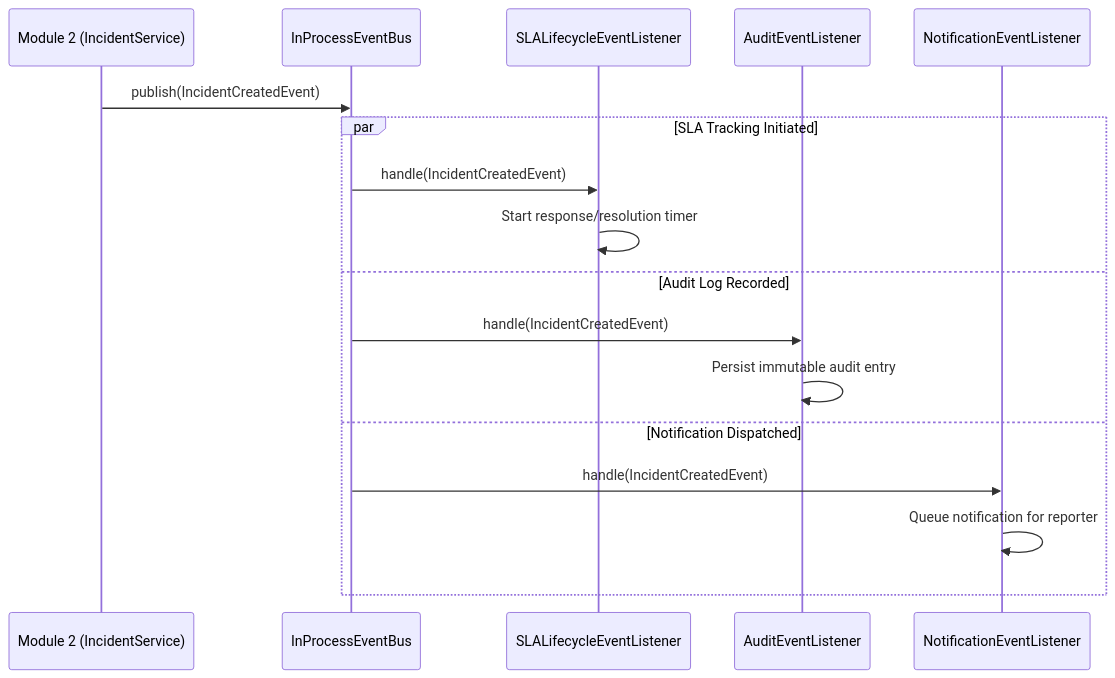
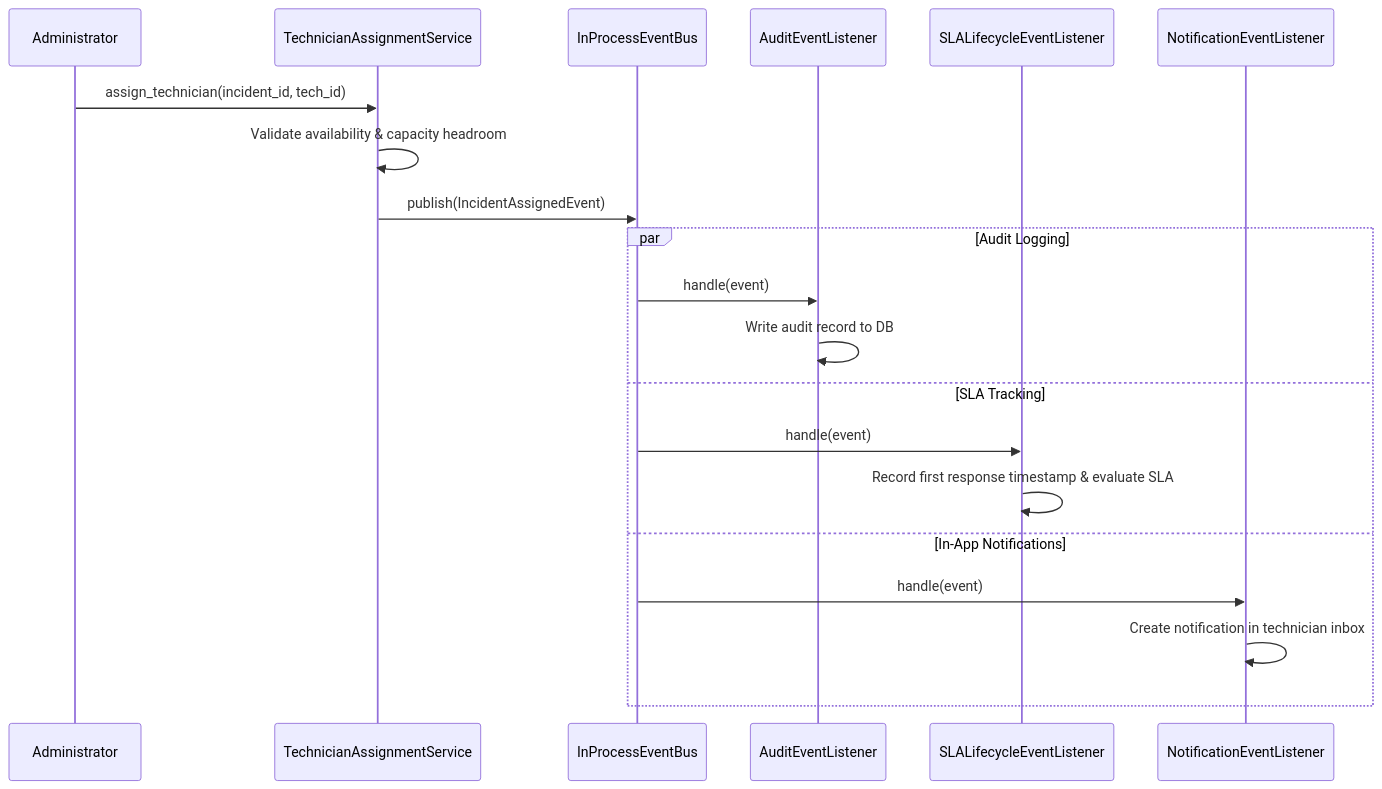
One commit to kj-labs1/I-ITSM changed the second of 2 diagrams in docs/ARCHITECTURE.md. Above: the diagram before and after it, drawn with Mermaid. The commit also changed other lines of this file and 23 other files, not shown here.

````diff
--- a/docs/ARCHITECTURE.md
+++ b/docs/ARCHITECTURE.md
@@ -100,20 +100,23 @@
 ```mermaid
 sequenceDiagram
-    participant M2 as Module 2 (IncidentService)
+    participant User as Administrator
+    participant AssignSvc as TechnicianAssignmentService
     participant Bus as InProcessEventBus
-    participant M4_SLA as SLALifecycleEventListener
-    participant M4_Audit as AuditEventListener
-    participant M4_Notif as NotificationEventListener
+    participant AuditListener as AuditEventListener
+    participant SLA_Listener as SLALifecycleEventListener
+    participant NotifListener as NotificationEventListener
 
-    M2->>Bus: publish(IncidentCreatedEvent)
-    par SLA Tracking Initiated
-        Bus->>M4_SLA: handle(IncidentCreatedEvent)
-        M4_SLA->>M4_SLA: Start response/resolution timer
-    and Audit Log Recorded
-        Bus->>M4_Audit: handle(IncidentCreatedEvent)
-        M4_Audit->>M4_Audit: Persist immutable audit entry
-    and Notification Dispatched
-        Bus->>M4_Notif: handle(IncidentCreatedEvent)
-        M4_Notif->>M4_Notif: Queue notification for reporter
+    User->>AssignSvc: assign_technician(incident_id, tech_id)
+    AssignSvc->>AssignSvc: Validate availability & capacity headroom
+    AssignSvc->>Bus: publish(IncidentAssignedEvent)
+    par Audit Logging
+        Bus->>AuditListener: handle(event)
+        AuditListener->>AuditListener: Write audit record to DB
+    and SLA Tracking
+        Bus->>SLA_Listener: handle(event)
+        SLA_Listener->>SLA_Listener: Record first response timestamp & evaluate SLA
+    and In-App Notifications
+        Bus->>NotifListener: handle(event)
+        NotifListener->>NotifListener: Create notification in technician inbox
     end
 ```
````
